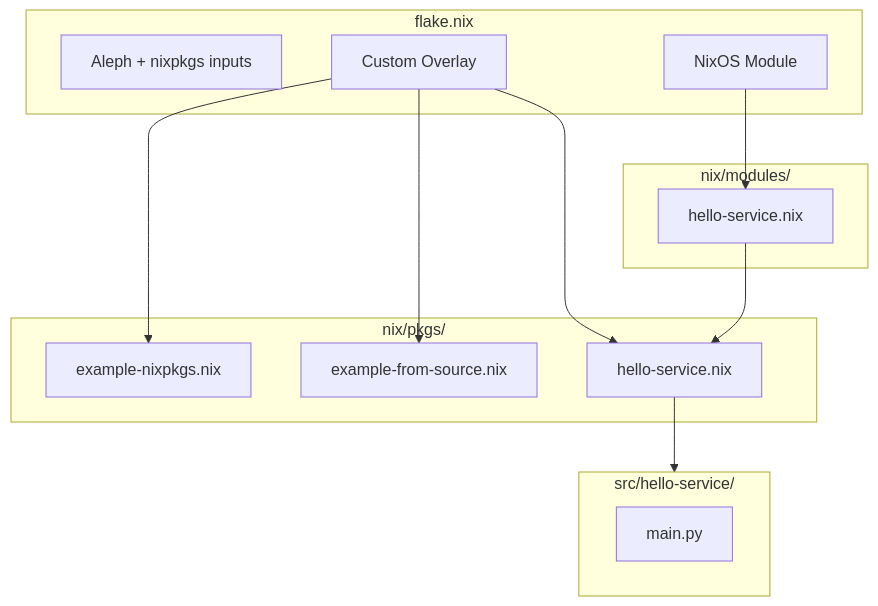
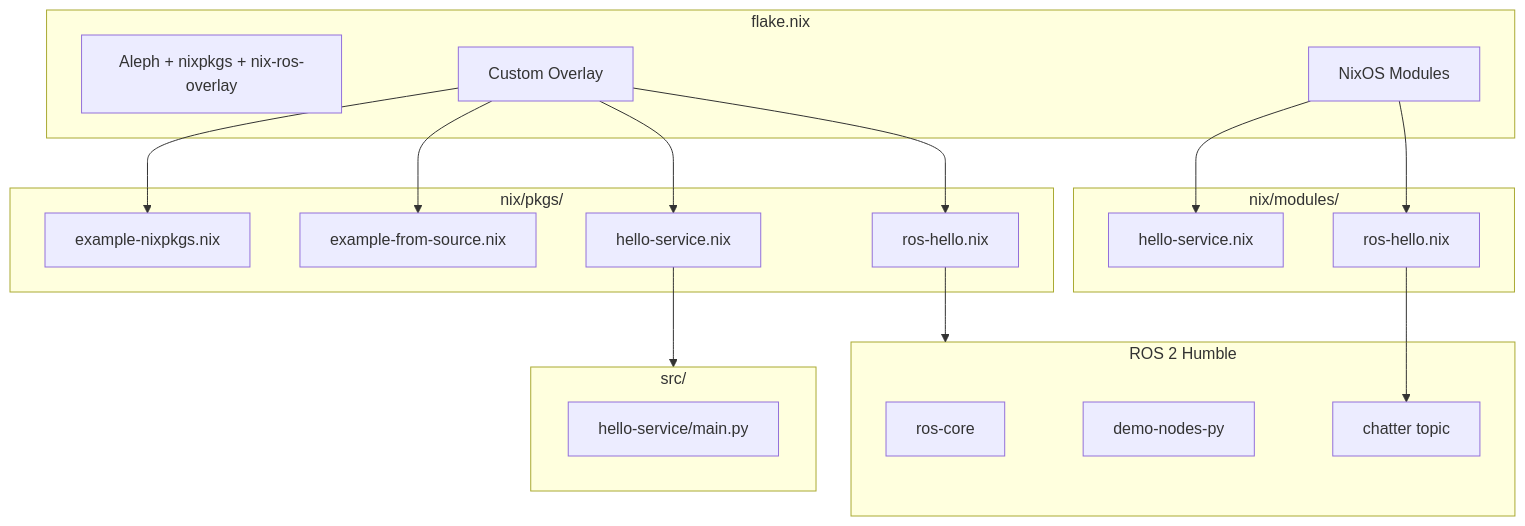
The diagram in README.md (elodin-sys/aleph-icarus), drawn with Mermaid before and after one commit. The commit also changed other lines of this file, not shown here.

````diff
--- a/README.md
+++ b/README.md
@@ -9,29 +17,40 @@
 ```mermaid
 flowchart TB
     subgraph flake [flake.nix]
-        inputs[Aleph + nixpkgs inputs]
+        inputs[Aleph + nixpkgs + nix-ros-overlay]
         overlay[Custom Overlay]
-        module[NixOS Module]
+        module[NixOS Modules]
     end
     
     subgraph pkgs [nix/pkgs/]
         nixpkgEx[example-nixpkgs.nix]
         sourceEx[example-from-source.nix]
         helloPkg[hello-service.nix]
+        rosPkg[ros-hello.nix]
     end
     
     subgraph mods [nix/modules/]
         helloMod[hello-service.nix]
+        rosMod[ros-hello.nix]
     end
     
-    subgraph src [src/hello-service/]
-        mainPy[main.py]
+    subgraph src [src/]
+        mainPy[hello-service/main.py]
+    end
+    
+    subgraph ros [ROS 2 Humble]
+        roscore[ros-core]
+        demos[demo-nodes-py]
+        topics["chatter topic"]
     end
     
     overlay --> nixpkgEx
     overlay --> sourceEx
     overlay --> helloPkg
+    overlay --> rosPkg
     module --> helloMod
+    module --> rosMod
     helloPkg --> src
-    helloMod --> helloPkg
+    rosPkg --> ros
+    rosMod --> topics
 ```
````
